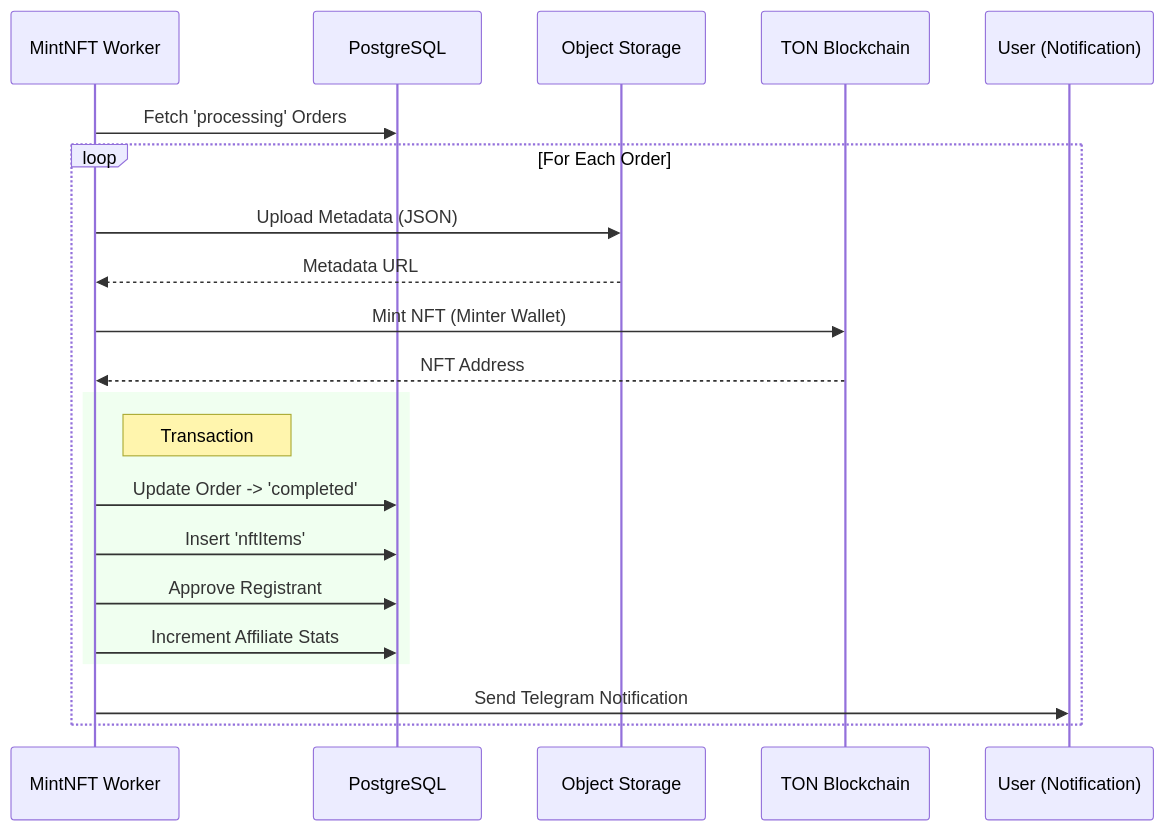
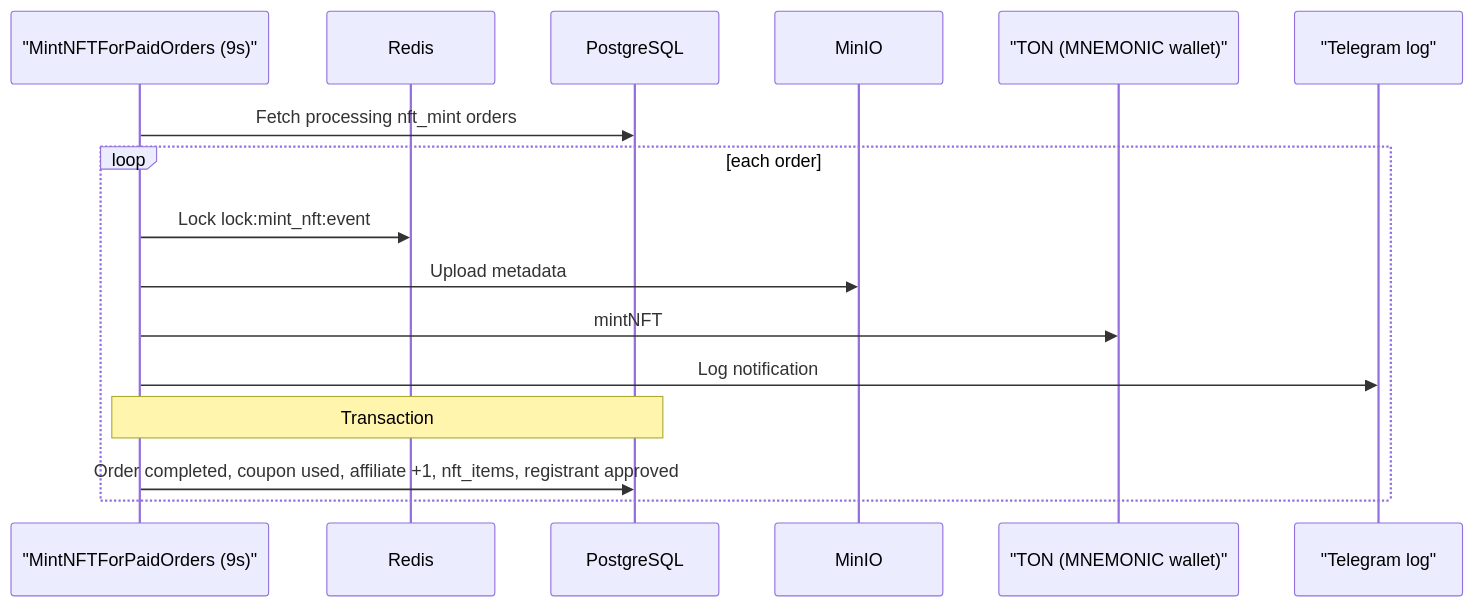
Before and after one commit to ExecutESG/onton: the diagram in knowledge_base/reward_distribution.md, drawn with Mermaid. The commit also changed other lines of this file and 41 other files, not shown here.

````diff
--- a/knowledge_base/reward_distribution.md
+++ b/knowledge_base/reward_distribution.md
@@ -41,26 +44,19 @@
 ```mermaid
 sequenceDiagram
-    participant Worker as MintNFT Worker
+    participant Cron as "MintNFTForPaidOrders (9s)"
+    participant Redis
     participant DB as PostgreSQL
-    participant MinIO as Object Storage
-    participant TON as TON Blockchain
-    participant User as User (Notification)
+    participant MinIO
+    participant TON as "TON (MNEMONIC wallet)"
+    participant TG as "Telegram log"
 
-    Worker->>DB: Fetch 'processing' Orders
-    loop For Each Order
-        Worker->>MinIO: Upload Metadata (JSON)
-        MinIO-->>Worker: Metadata URL
-        Worker->>TON: Mint NFT (Minter Wallet)
-        TON-->>Worker: NFT Address
-        
-        rect rgb(240, 255, 240)
-            note right of Worker: Transaction
-            Worker->>DB: Update Order -> 'completed'
-            Worker->>DB: Insert 'nftItems'
-            Worker->>DB: Approve Registrant
-            Worker->>DB: Increment Affiliate Stats
-        end
-        
-        Worker->>User: Send Telegram Notification
+    Cron->>DB: Fetch processing nft_mint orders
+    loop each order
+        Cron->>Redis: Lock lock:mint_nft:event
+        Cron->>MinIO: Upload metadata
+        Cron->>TON: mintNFT
+        Cron->>TG: Log notification
+        Note over Cron,DB: Transaction
+        Cron->>DB: Order completed, coupon used, affiliate +1, nft_items, registrant approved
     end
 ```
````
